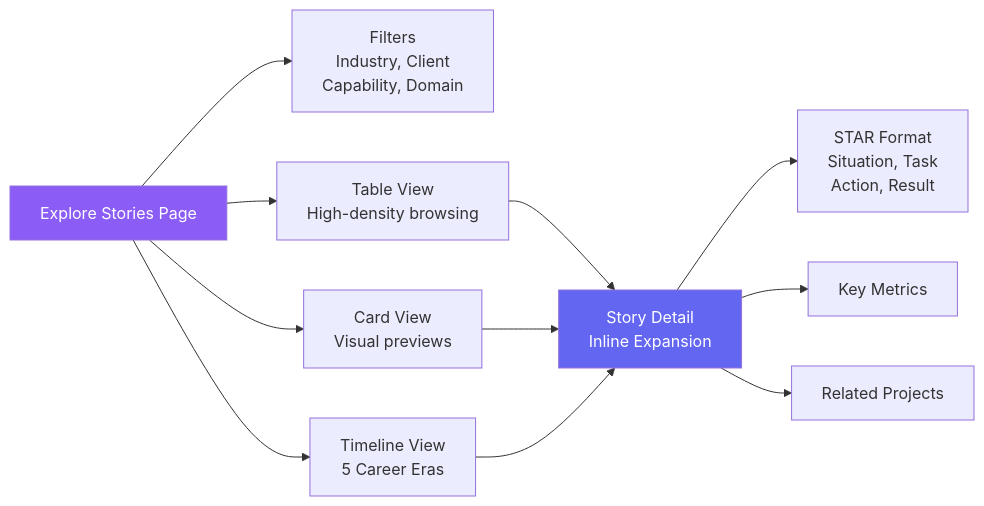
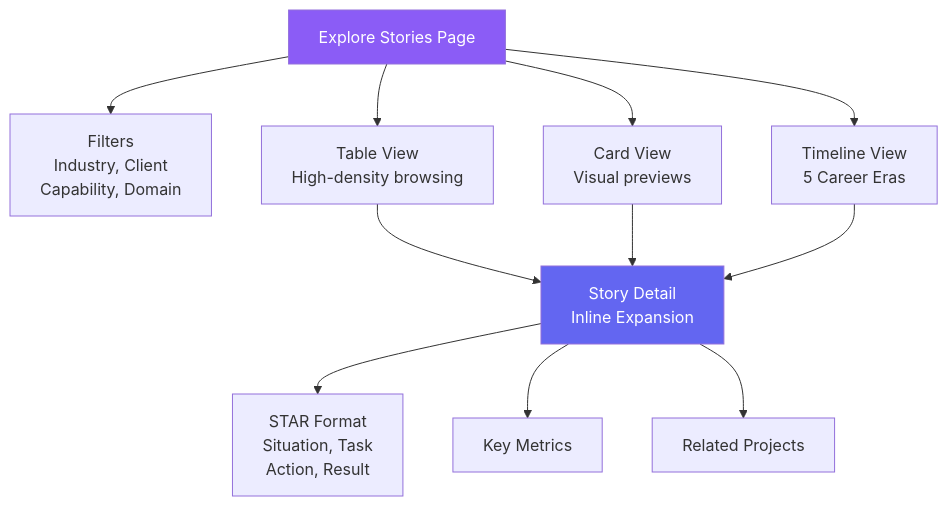
Before and after one commit to mcpugmire1/mattgpt-design-spec: the second of 3 diagrams in docs/02-technical-architecture.md, drawn with Mermaid. The commit also changed 1 other file, not shown here.

Commit message:
fix: change Explore Stories diagram to top-down layout
Changed from LR (left-right) to TD (top-down) for better readability.
Now all 3 diagrams use consistent top-down flow.

````diff
--- a/docs/02-technical-architecture.md
+++ b/docs/02-technical-architecture.md
@@ -450,21 +450,21 @@
 ```mermaid
-flowchart LR
+flowchart TD
     Explore[Explore Stories Page]
 
     Explore --> Filters[Filters<br/>Industry, Client<br/>Capability, Domain]
 
     Explore --> Table[Table View<br/>High-density browsing]
     Explore --> Cards[Card View<br/>Visual previews]
     Explore --> Timeline[Timeline View<br/>5 Career Eras]
 
     Table --> Detail[Story Detail<br/>Inline Expansion]
     Cards --> Detail
     Timeline --> Detail
 
     Detail --> STAR[STAR Format<br/>Situation, Task<br/>Action, Result]
     Detail --> Metrics[Key Metrics]
     Detail --> Related[Related Projects]
 
     style Explore fill:#8B5CF6,color:#fff
     style Detail fill:#6366F1,color:#fff
 ```
````
